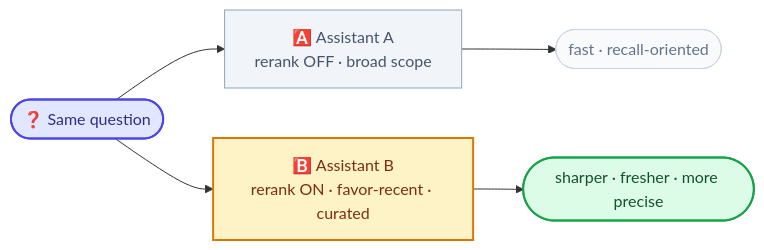
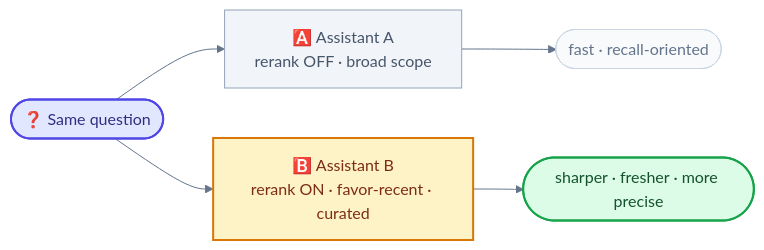
Before and after one commit to UiPath/danswer: the fifth of 6 diagrams in docs/how-darwin-answers-questions.md, drawn with Mermaid. The commit also changed other lines of this file and 77 other files, not shown here.

````diff
--- a/docs/how-darwin-answers-questions.md
+++ b/docs/how-darwin-answers-questions.md
@@ -240,14 +244,15 @@
 ```mermaid
+%%{init: {'theme':'base','themeVariables':{'textColor':'#1e293b','lineColor':'#64748b','edgeLabelBackground':'#ffffff','clusterBorder':'#cbd5e1'}}}%%
 flowchart LR
     QQ(["❓ Same question"]):::q
     QQ --> A1["🅰️ Assistant A<br/>rerank OFF · broad scope"]:::dim
     QQ --> A2["🅱️ Assistant B<br/>rerank ON · favor-recent · curated"]:::bright
     A1 --> R1(["fast · recall-oriented"]):::dimout
     A2 --> R2(["sharper · fresher · more precise"]):::brightout
 
     classDef q fill:#e0e7ff,stroke:#4f46e5,color:#312e81,stroke-width:2px
     classDef dim fill:#f1f5f9,stroke:#94a3b8,color:#475569
     classDef bright fill:#fef3c7,stroke:#d97706,color:#7c2d12,stroke-width:2px
     classDef dimout fill:#f8fafc,stroke:#cbd5e1,color:#64748b
     classDef brightout fill:#dcfce7,stroke:#16a34a,color:#14532d,stroke-width:2px
 ```
````
